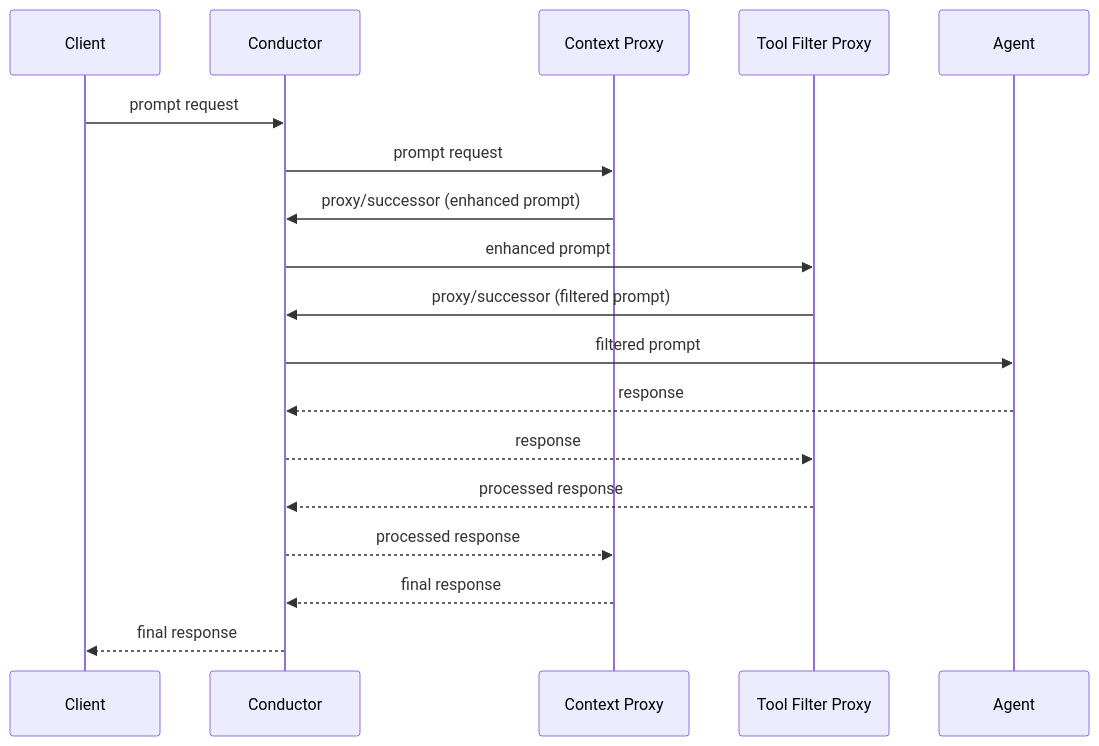
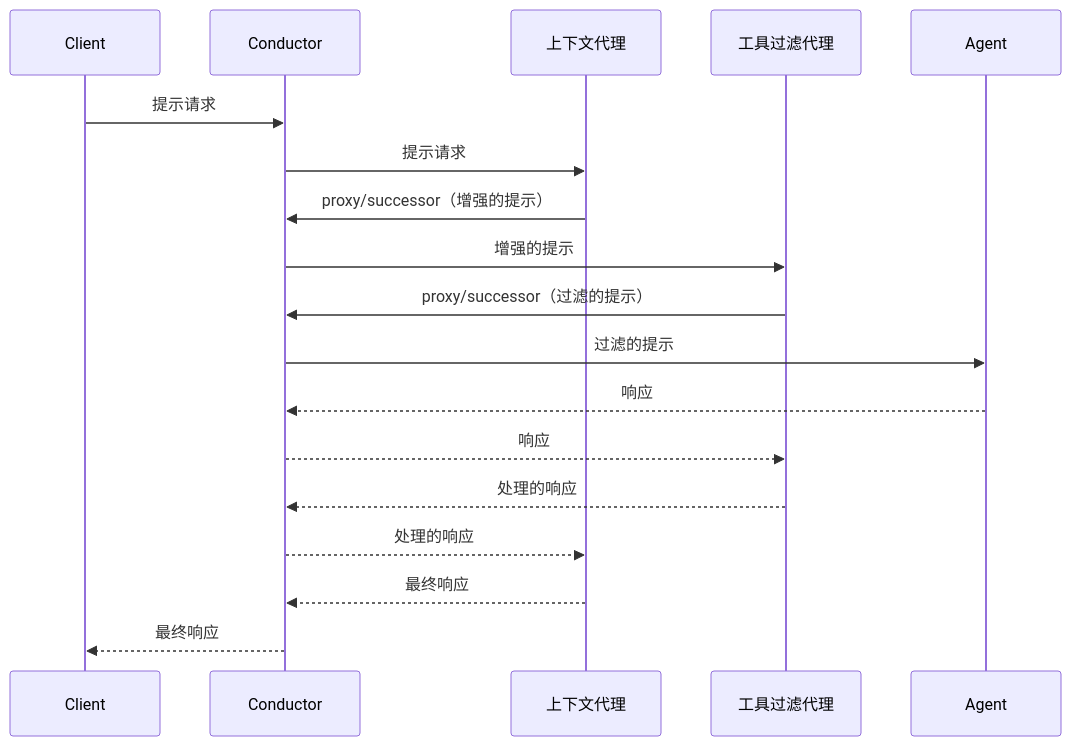
One commit to cxykevin/acp-docs-cn changed the third of 11 diagrams in rfds/proxy-chains.mdx. Above: the diagram before and after it, drawn with Mermaid. The commit also changed other lines of this file and 15 other files, not shown here.

````diff
--- a/rfds/proxy-chains.mdx
+++ b/rfds/proxy-chains.mdx
@@ -74,21 +74,21 @@
 ```mermaid
 sequenceDiagram
     participant Client
     participant Conductor
-    participant P1 as Context Proxy
-    participant P2 as Tool Filter Proxy
+    participant P1 as 上下文代理
+    participant P2 as 工具过滤代理
     participant Agent
 
-    Client->>Conductor: prompt request
-    Conductor->>P1: prompt request
-    P1->>Conductor: proxy/successor (enhanced prompt)
-    Conductor->>P2: enhanced prompt
-    P2->>Conductor: proxy/successor (filtered prompt)
-    Conductor->>Agent: filtered prompt
-    Agent-->>Conductor: response
-    Conductor-->>P2: response
-    P2-->>Conductor: processed response
-    Conductor-->>P1: processed response
-    P1-->>Conductor: final response
-    Conductor-->>Client: final response
+    Client->>Conductor: 提示请求
+    Conductor->>P1: 提示请求
+    P1->>Conductor: proxy/successor（增强的提示）
+    Conductor->>P2: 增强的提示
+    P2->>Conductor: proxy/successor（过滤的提示）
+    Conductor->>Agent: 过滤的提示
+    Agent-->>Conductor: 响应
+    Conductor-->>P2: 响应
+    P2-->>Conductor: 处理的响应
+    Conductor-->>P1: 处理的响应
+    P1-->>Conductor: 最终响应
+    Conductor-->>Client: 最终响应
 ```
````
